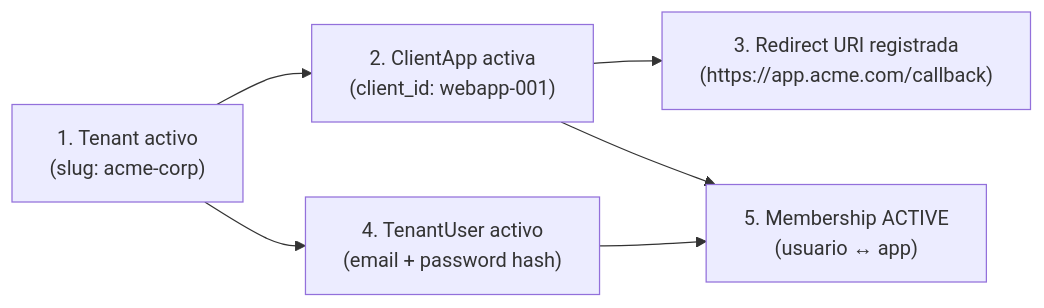
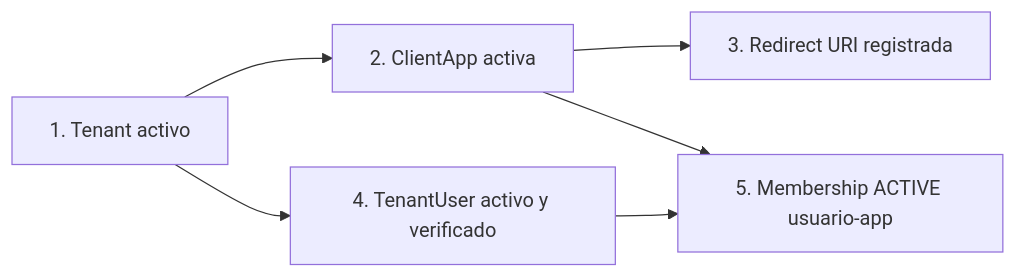
Before and after one commit to cmartinezs/keygo-server: the first of 2 diagrams in docs/api/AUTH_FLOW.md, drawn with Mermaid. The commit also changed other lines of this file and 3 other files, not shown here.

````diff
--- a/docs/api/AUTH_FLOW.md
+++ b/docs/api/AUTH_FLOW.md
@@ -52,8 +63,8 @@
 ```mermaid
 graph LR
-    A["1. Tenant activo<br/>(slug: acme-corp)"] --> B["2. ClientApp activa<br/>(client_id: webapp-001)"]
-    B --> C["3. Redirect URI registrada<br/>(https://app.acme.com/callback)"]
-    A --> D["4. TenantUser activo<br/>(email + password hash)"]
-    D --> E["5. Membership ACTIVE<br/>(usuario ↔ app)"]
+    A[1. Tenant activo] --> B[2. ClientApp activa]
+    B --> C[3. Redirect URI registrada]
+    A --> D[4. TenantUser activo y verificado]
+    D --> E[5. Membership ACTIVE usuario-app]
     B --> E
 ```
````
